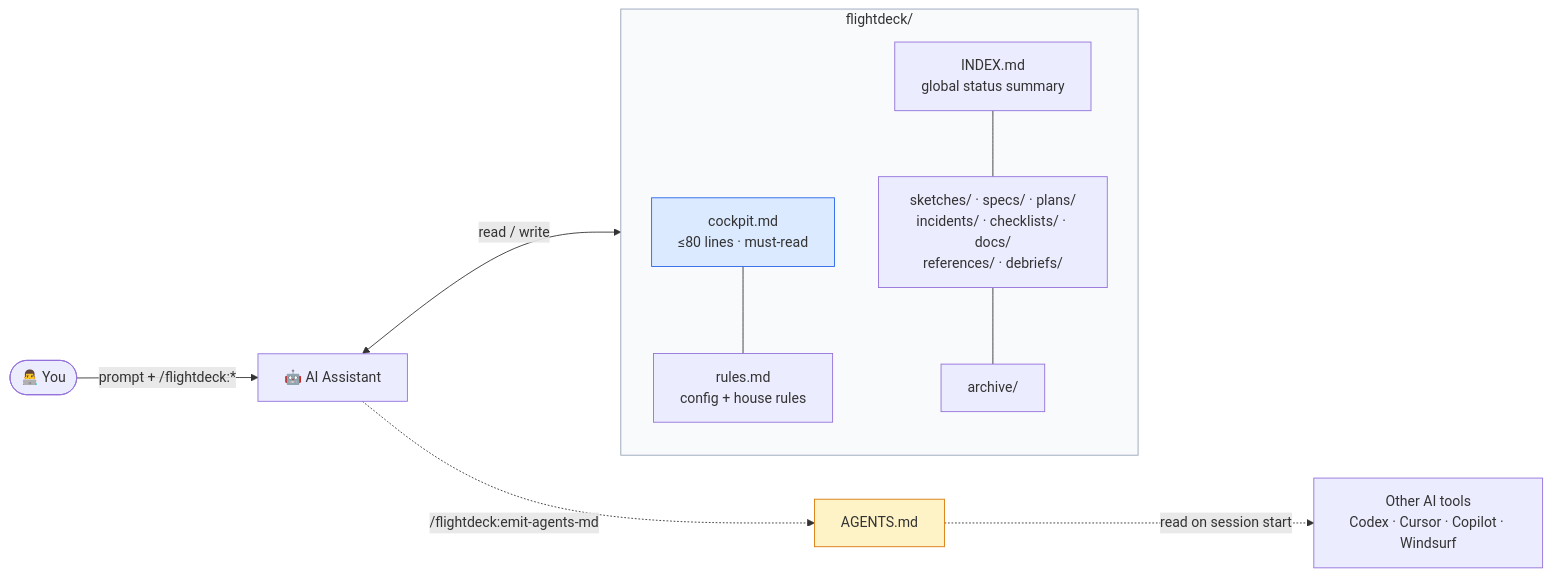
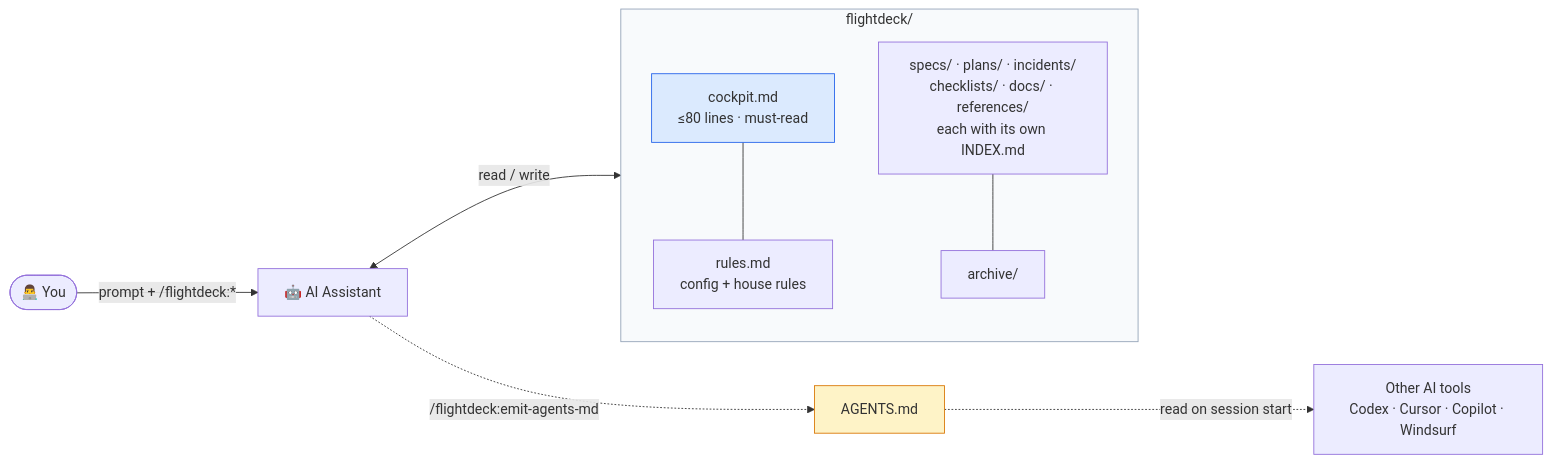
Before and after one commit to Yuelioi/flightdeck: the diagram in docs/architecture.md, drawn with Mermaid. The commit also changed 4 other files, not shown here.

First line of the commit message:
docs: 清除 debriefs/根 INDEX/sketches 的 3.0 失实残留

````diff
--- a/docs/architecture.md
+++ b/docs/architecture.md
@@ -5,22 +5,21 @@
 ```mermaid
 flowchart LR
     User([👨‍💻 You]) -->|prompt + /flightdeck:*| AI[🤖 AI Assistant]
     AI <-->|read / write| FD[(flightdeck/)]
     AI -.->|/flightdeck:emit-agents-md| AGENTS[AGENTS.md]
     AGENTS -.->|read on session start| OtherAI[Other AI tools<br/>Codex · Cursor · Copilot · Windsurf]
 
     subgraph FD [flightdeck/]
         direction TB
         Cockpit[cockpit.md<br/>≤80 lines · must-read]
         Rules[rules.md<br/>config + house rules]
-        Index[INDEX.md<br/>global status summary]
-        Folders[sketches/ · specs/ · plans/<br/>incidents/ · checklists/ · docs/<br/>references/ · debriefs/]
+        Folders[specs/ · plans/ · incidents/<br/>checklists/ · docs/ · references/<br/>each with its own INDEX.md]
         Archive[archive/]
         Cockpit --- Rules
-        Index --- Folders --- Archive
+        Folders --- Archive
     end
 
     style Cockpit fill:#dbeafe,stroke:#2563eb
     style AGENTS fill:#fef3c7,stroke:#d97706
     style FD fill:#f8fafc,stroke:#94a3b8
 ```
````
